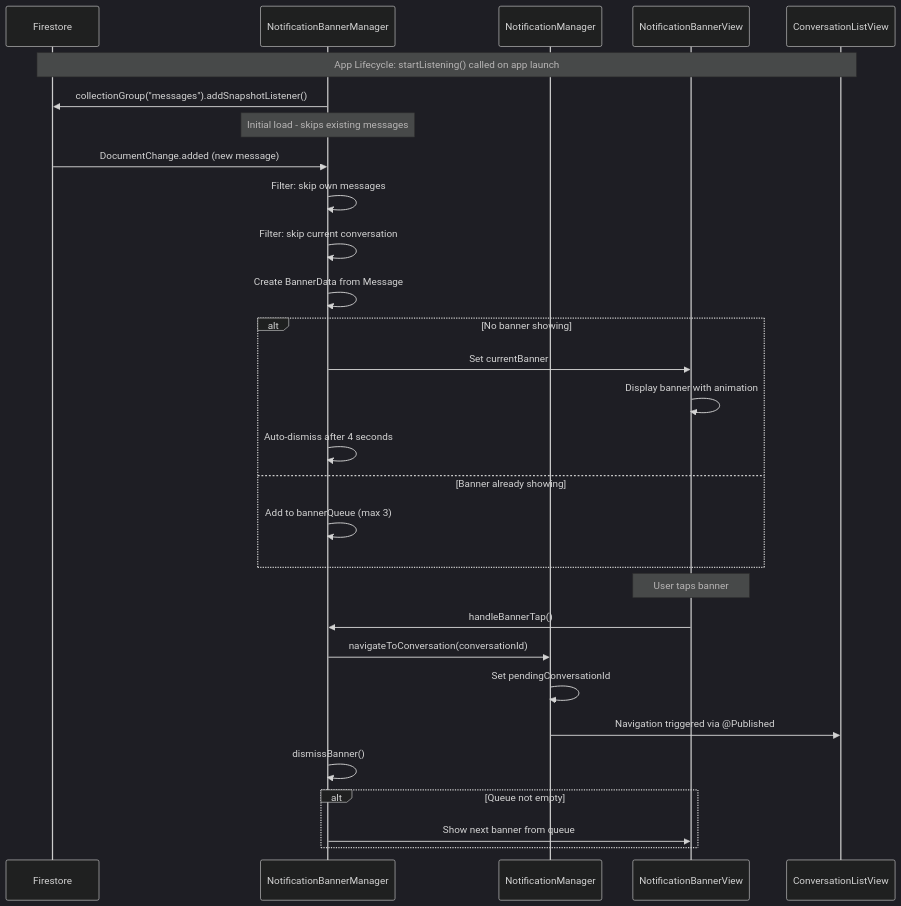
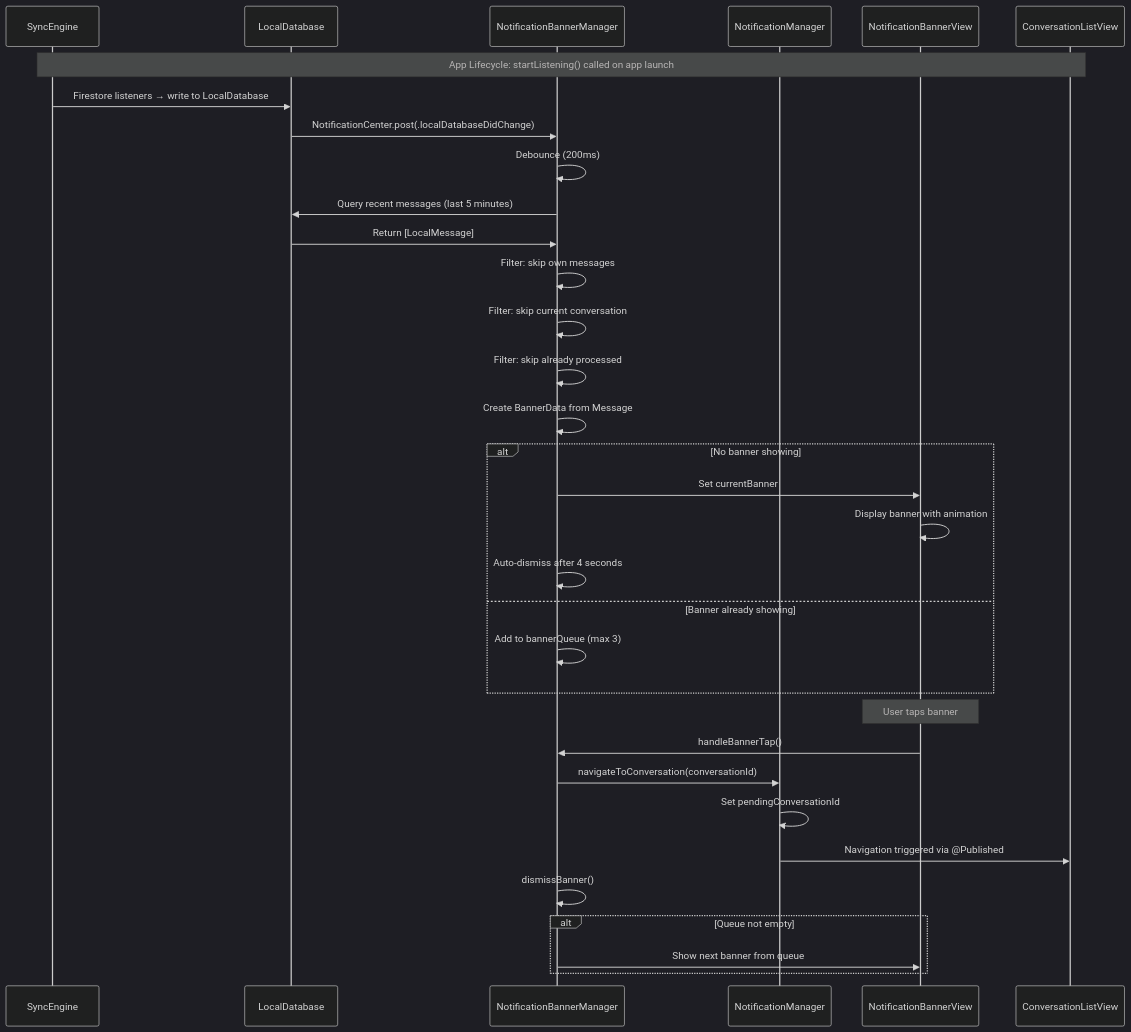
One commit to chrishanyu/NexusAI changed the first of 8 diagrams in architecture-dataflow-overview.md. Above: the diagram before and after it, drawn with Mermaid (dark theme). The commit also changed other lines of this file and 6 other files, not shown here.

````diff
--- a/architecture-dataflow-overview.md
+++ b/architecture-dataflow-overview.md
@@ -70,37 +72,41 @@
 ```mermaid
 sequenceDiagram
-    participant FS as Firestore
+    participant SE as SyncEngine
+    participant LDB as LocalDatabase
     participant NBM as NotificationBannerManager
     participant NM as NotificationManager
     participant UI as NotificationBannerView
     participant CV as ConversationListView
 
-    Note over FS,CV: App Lifecycle: startListening() called on app launch
+    Note over SE,CV: App Lifecycle: startListening() called on app launch
     
-    NBM->>FS: collectionGroup("messages").addSnapshotListener()
-    Note over NBM: Initial load - skips existing messages
+    SE->>LDB: Firestore listeners → write to LocalDatabase
+    LDB->>NBM: NotificationCenter.post(.localDatabaseDidChange)
+    NBM->>NBM: Debounce (200ms)
     
-    FS->>NBM: DocumentChange.added (new message)
+    NBM->>LDB: Query recent messages (last 5 minutes)
+    LDB->>NBM: Return [LocalMessage]
     NBM->>NBM: Filter: skip own messages
     NBM->>NBM: Filter: skip current conversation
+    NBM->>NBM: Filter: skip already processed
     NBM->>NBM: Create BannerData from Message
     
     alt No banner showing
         NBM->>UI: Set currentBanner
         UI->>UI: Display banner with animation
         NBM->>NBM: Auto-dismiss after 4 seconds
     else Banner already showing
         NBM->>NBM: Add to bannerQueue (max 3)
     end
     
     Note over UI: User taps banner
     UI->>NBM: handleBannerTap()
     NBM->>NM: navigateToConversation(conversationId)
     NM->>NM: Set pendingConversationId
     NM->>CV: Navigation triggered via @Published
     NBM->>NBM: dismissBanner()
     
     alt Queue not empty
         NBM->>UI: Show next banner from queue
     end
 ```
````
